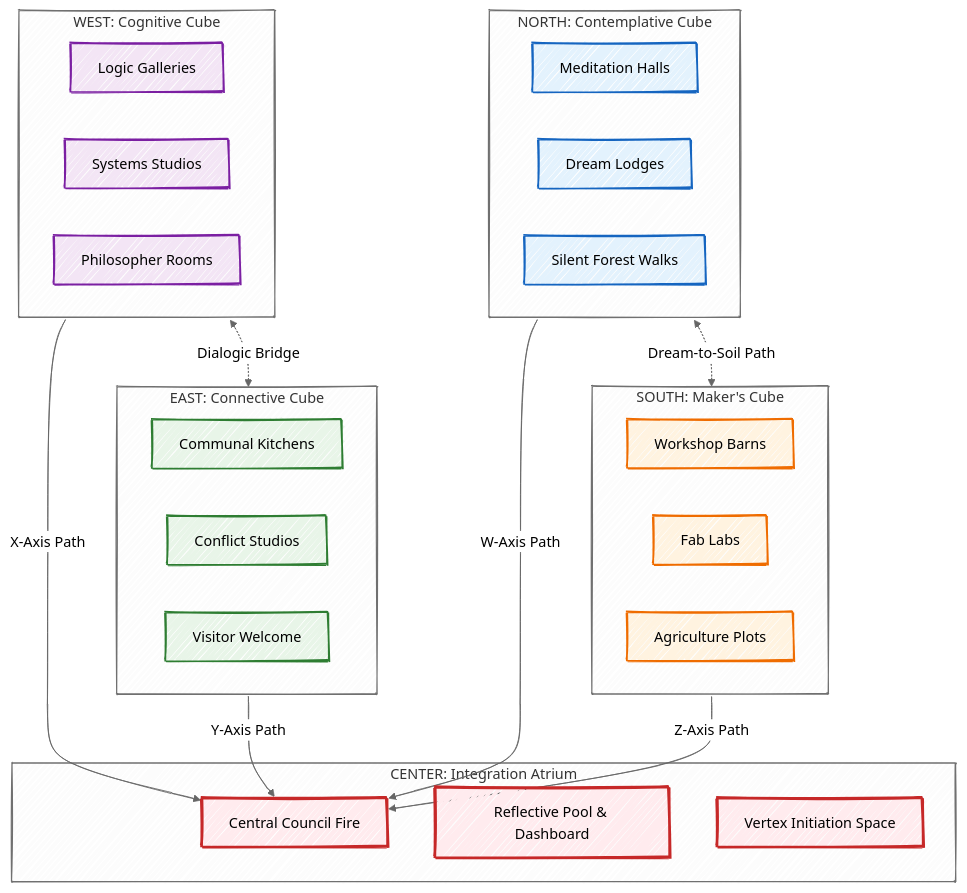
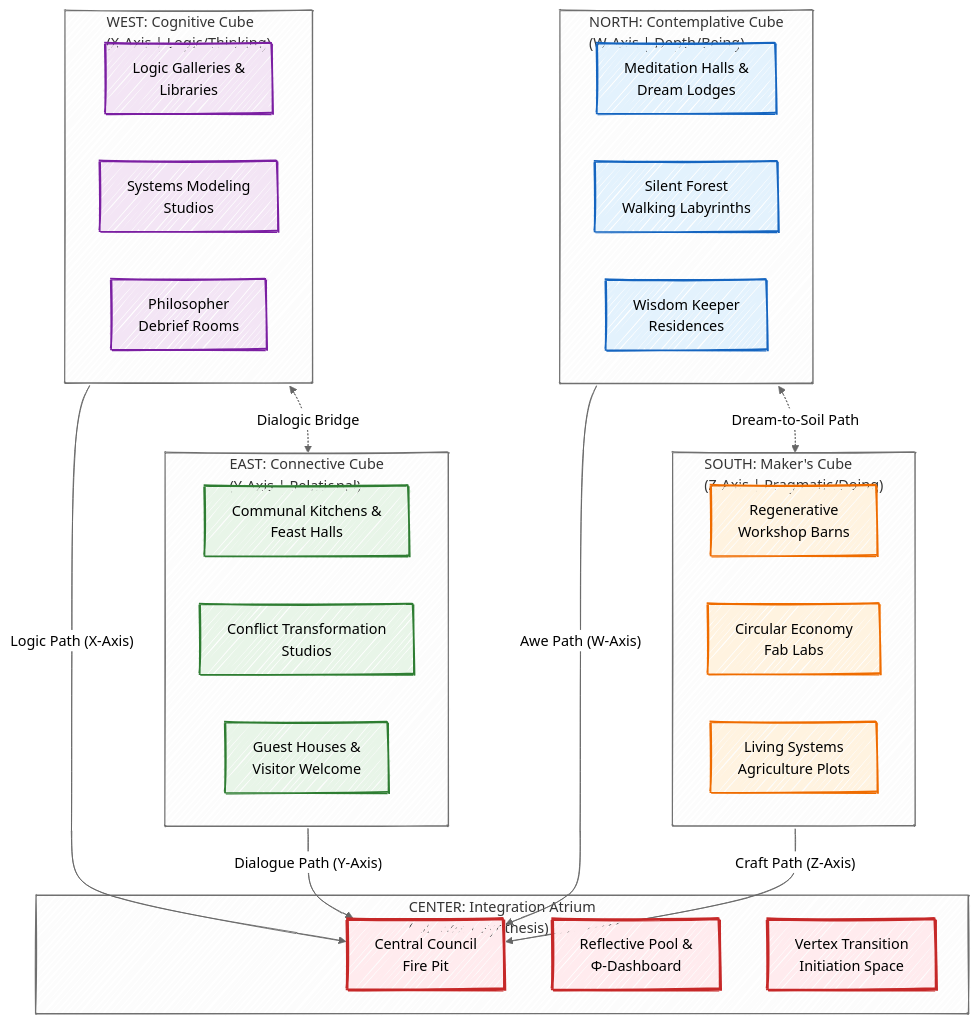
The diagram in appendices/Q-consciousness-infrastructure.md (ravaioli/solarpunk-mandala), drawn with Mermaid before and after one commit. The commit also changed other lines of this file, not shown here.

````diff
--- a/appendices/Q-consciousness-infrastructure.md
+++ b/appendices/Q-consciousness-infrastructure.md
@@ -40,63 +43,63 @@
 ```mermaid
 ---
 config:
   look: handDrawn
   theme: neutral
 ---
 flowchart TD
-    subgraph "NORTH: Contemplative Cube"
+    subgraph "NORTH: Contemplative Cube<br/>(W-Axis | Depth/Being)"
         direction LR
-        N1[Meditation Halls]
-        N2[Dream Lodges]
-        N3[Silent Forest Walks]
+        N1["Meditation Halls &<br/>Dream Lodges"]
+        N2["Silent Forest<br/>Walking Labyrinths"]
+        N3["Wisdom Keeper<br/>Residences"]
     end
 
-    subgraph "WEST: Cognitive Cube"
+    subgraph "WEST: Cognitive Cube<br/>(X-Axis | Logic/Thinking)"
         direction LR
-        W1[Logic Galleries]
-        W2[Systems Studios]
-        W3[Philosopher Rooms]
+        W1["Logic Galleries &<br/>Libraries"]
+        W2["Systems Modeling<br/>Studios"]
+        W3["Philosopher<br/>Debrief Rooms"]
     end
 
-    subgraph "CENTER: Integration Atrium"
-        C1[Central Council Fire]
-        C2[Reflective Pool & Dashboard]
-        C3[Vertex Initiation Space]
+    subgraph "CENTER: Integration Atrium<br/>(All Axes | Synthesis)"
+        C1["Central Council<br/>Fire Pit"]
+        C2["Reflective Pool &<br/>Φ-Dashboard"]
+        C3["Vertex Transition<br/>Initiation Space"]
     end
 
-    subgraph "EAST: Connective Cube"
+    subgraph "EAST: Connective Cube<br/>(Y-Axis | Relational)"
         direction LR
-        E1[Communal Kitchens]
-        E2[Conflict Studios]
-        E3[Visitor Welcome]
+        E1["Communal Kitchens &<br/>Feast Halls"]
+        E2["Conflict Transformation<br/>Studios"]
+        E3["Guest Houses &<br/>Visitor Welcome"]
     end
 
-    subgraph "SOUTH: Maker's Cube"
+    subgraph "SOUTH: Maker's Cube<br/>(Z-Axis | Pragmatic/Doing)"
         direction LR
-        S1[Workshop Barns]
-        S2[Fab Labs]
-        S3[Agriculture Plots]
+        S1["Regenerative<br/>Workshop Barns"]
+        S2["Circular Economy<br/>Fab Labs"]
+        S3["Living Systems<br/>Agriculture Plots"]
     end
 
-    %% Define Connections (The "Edges")
-    N1 -- "W-Axis Path" --> C1
-    W1 -- "X-Axis Path" --> C1
-    E1 -- "Y-Axis Path" --> C1
-    S1 -- "Z-Axis Path" --> C1
+    %% Primary Axis Paths to Center
+    N1 -- "Awe Path (W-Axis)" --> C1
+    W1 -- "Logic Path (X-Axis)" --> C1
+    E1 -- "Dialogue Path (Y-Axis)" --> C1
+    S1 -- "Craft Path (Z-Axis)" --> C1
 
-    %% Inter-Cube Paths (Forced Perspective-Sharing)
+    %% Critical Inter-Cube Edges (Forced Perspective-Sharing)
     W3 <-.->|"Dialogic Bridge"| E2
     N2 <-.->|"Dream-to-Soil Path"| S3
 
     %% Styling
     class N1,N2,N3 cube-N
     class W1,W2,W3 cube-W
     class E1,E2,E3 cube-E
     class S1,S2,S3 cube-S
     class C1,C2,C3 cube-C
     classDef cube-N fill:#e3f2fd,stroke:#1565c0,stroke-width:2px
     classDef cube-W fill:#f3e5f5,stroke:#7b1fa2,stroke-width:2px
     classDef cube-E fill:#e8f5e8,stroke:#2e7d32,stroke-width:2px
     classDef cube-S fill:#fff3e0,stroke:#ef6c00,stroke-width:2px
     classDef cube-C fill:#ffebee,stroke:#c62828,stroke-width:3px
 ```
````
